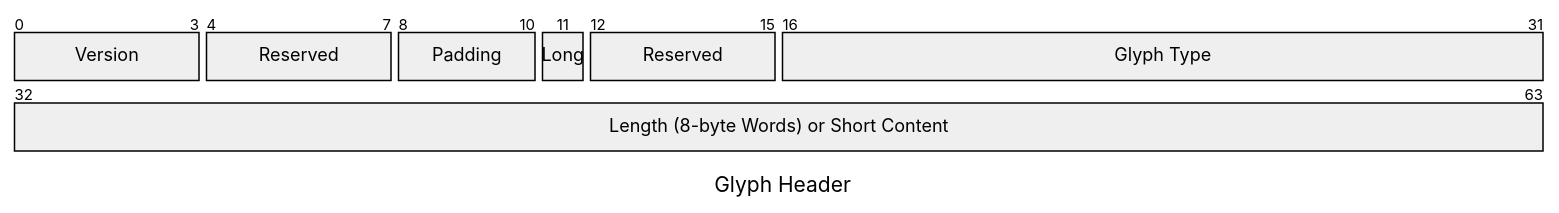
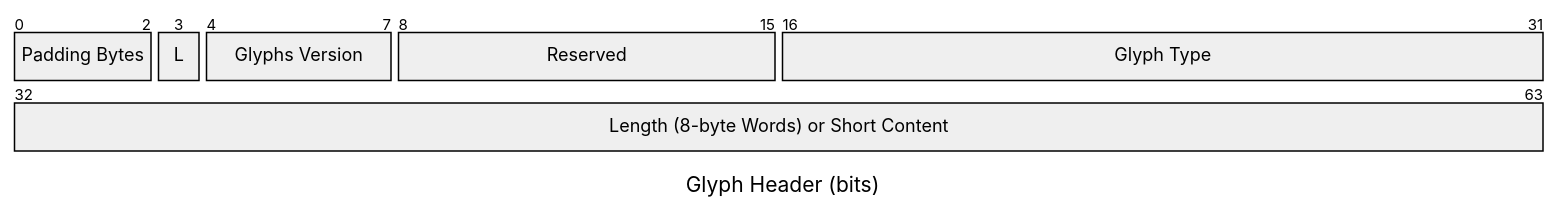
The first of 15 diagrams in src/binary_formats.md (elara-themica/glifs-contributor-guide), drawn with Mermaid before and after one commit. The commit also changed other lines of this file, not shown here.

````diff
--- a/src/binary_formats.md
+++ b/src/binary_formats.md
@@ -12,13 +12,12 @@
 ```mermaid
 ---
-title: "Glyph Header"
+title: "Glyph Header (bits)"
 ---
 packet-beta
-0-3: "Version"
-4-7: "Reserved"
-8-10: "Padding"
-11: "Long"
-12-15: "Reserved"
+0-2: "Padding Bytes"
+3: "L"
+4-7: "Glyphs Version"
+8-15: "Reserved"
 16-31: "Glyph Type"
 32-63: "Length (8-byte Words) or Short Content"
 ```
````
